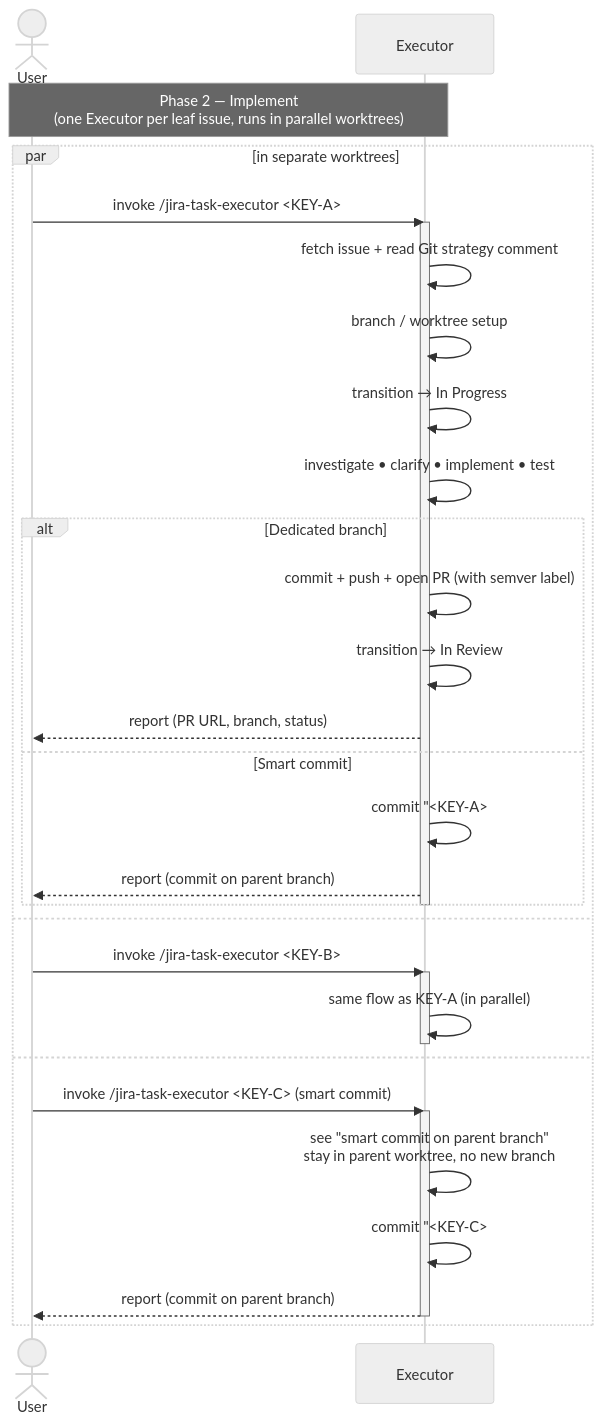
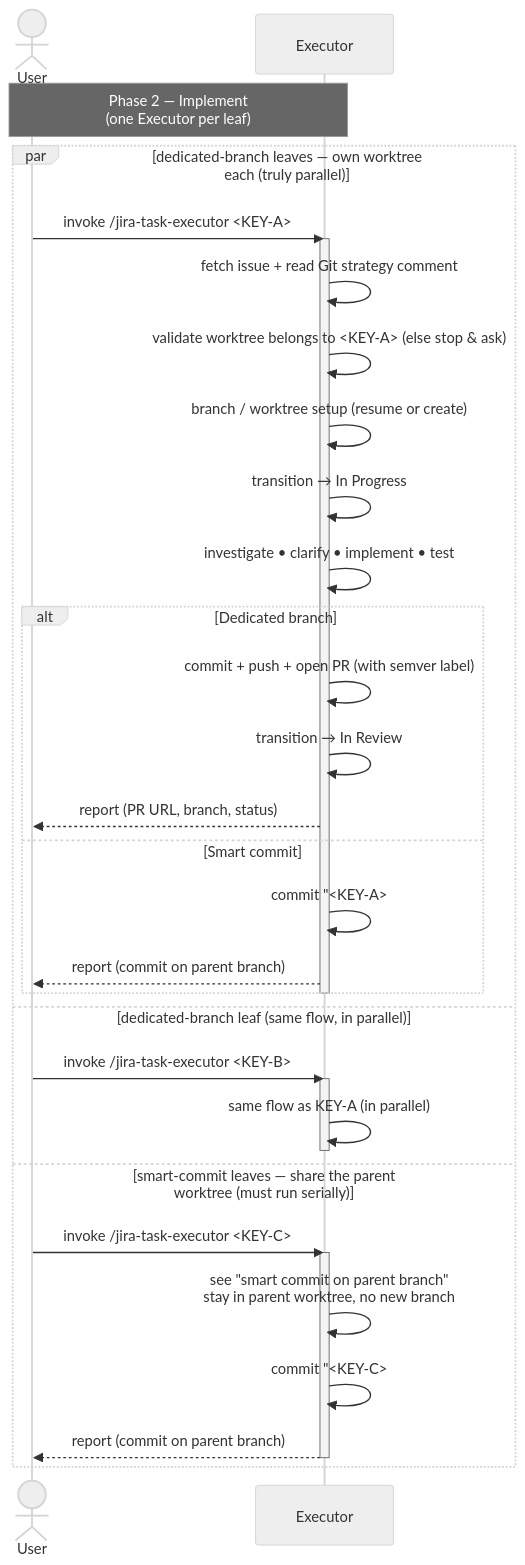
The diagram in plugins/jira-sdlc/docs/TASK-LIFECYCLE-PHASE-2.md (kantorv/jira-sdlc-tools), drawn with Mermaid (neutral theme) before and after one commit. The commit also changed other lines of this file and 5 other files, not shown here.

Commit message:
diagramms fix pass one

````diff
--- a/plugins/jira-sdlc/docs/TASK-LIFECYCLE-PHASE-2.md
+++ b/plugins/jira-sdlc/docs/TASK-LIFECYCLE-PHASE-2.md
@@ -10,38 +10,39 @@
 ```mermaid
 sequenceDiagram
     actor User
     participant Executor
 
-    Note over User,Executor: Phase 2 — Implement<br/>(one Executor per leaf issue, runs in parallel worktrees)
+    Note over User,Executor: Phase 2 — Implement<br/>(one Executor per leaf)
 
-    par in separate worktrees
+    par dedicated-branch leaves — own worktree each (truly parallel)
         User->>Executor: invoke /jira-task-executor <KEY-A>
         activate Executor
         Executor->>Executor: fetch issue + read Git strategy comment
-        Executor->>Executor: branch / worktree setup
+        Executor->>Executor: validate worktree belongs to <KEY-A> (else stop & ask)
+        Executor->>Executor: branch / worktree setup (resume or create)
         Executor->>Executor: transition → In Progress
         Executor->>Executor: investigate • clarify • implement • test
 
         alt Dedicated branch
             Executor->>Executor: commit + push + open PR (with semver label)
             Executor->>Executor: transition → In Review
             Executor-->>User: report (PR URL, branch, status)
         else Smart commit
             Executor->>Executor: commit "<KEY-A> #done <msg>" on parent branch (local)
             Executor-->>User: report (commit on parent branch)
         end
         deactivate Executor
-    and
+    and dedicated-branch leaf (same flow, in parallel)
         User->>Executor: invoke /jira-task-executor <KEY-B>
         activate Executor
         Executor->>Executor: same flow as KEY-A (in parallel)
         deactivate Executor
-    and
-        User->>Executor: invoke /jira-task-executor <KEY-C> (smart commit)
+    and smart-commit leaves — share the parent worktree (must run serially)
+        User->>Executor: invoke /jira-task-executor <KEY-C>
         activate Executor
         Executor->>Executor: see "smart commit on parent branch"<br/>stay in parent worktree, no new branch
-        Executor->>Executor: commit "<KEY-C> #done <msg>" (local)
+        Executor->>Executor: commit "<KEY-C> #done <msg>" (local, no push)
         Executor-->>User: report (commit on parent branch)
         deactivate Executor
     end
 ```
````
